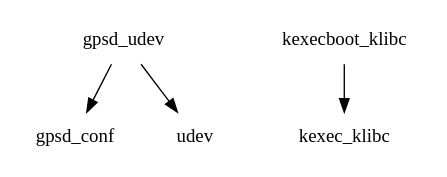
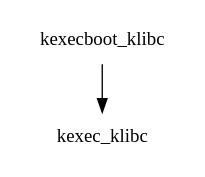
The diagram in images/spitz/eglibc/initramfs-kexecboot-klibc-image/depends-nokernel-nolibc-noupdate-nomodules.dot (shr-distribution/buildhistory-old), drawn with Graphviz before and after one commit. The commit also changed 11 other files, not shown here.

```diff
--- a/images/spitz/eglibc/initramfs-kexecboot-klibc-image/depends-nokernel-nolibc-noupdate-nomodules.dot
+++ b/images/spitz/eglibc/initramfs-kexecboot-klibc-image/depends-nokernel-nolibc-noupdate-nomodules.dot
@@ -1,6 +1,4 @@
 digraph depends {
     node [shape=plaintext]
-gpsd_udev -> gpsd_conf;
-gpsd_udev -> udev;
 kexecboot_klibc -> kexec_klibc;
 }
```
